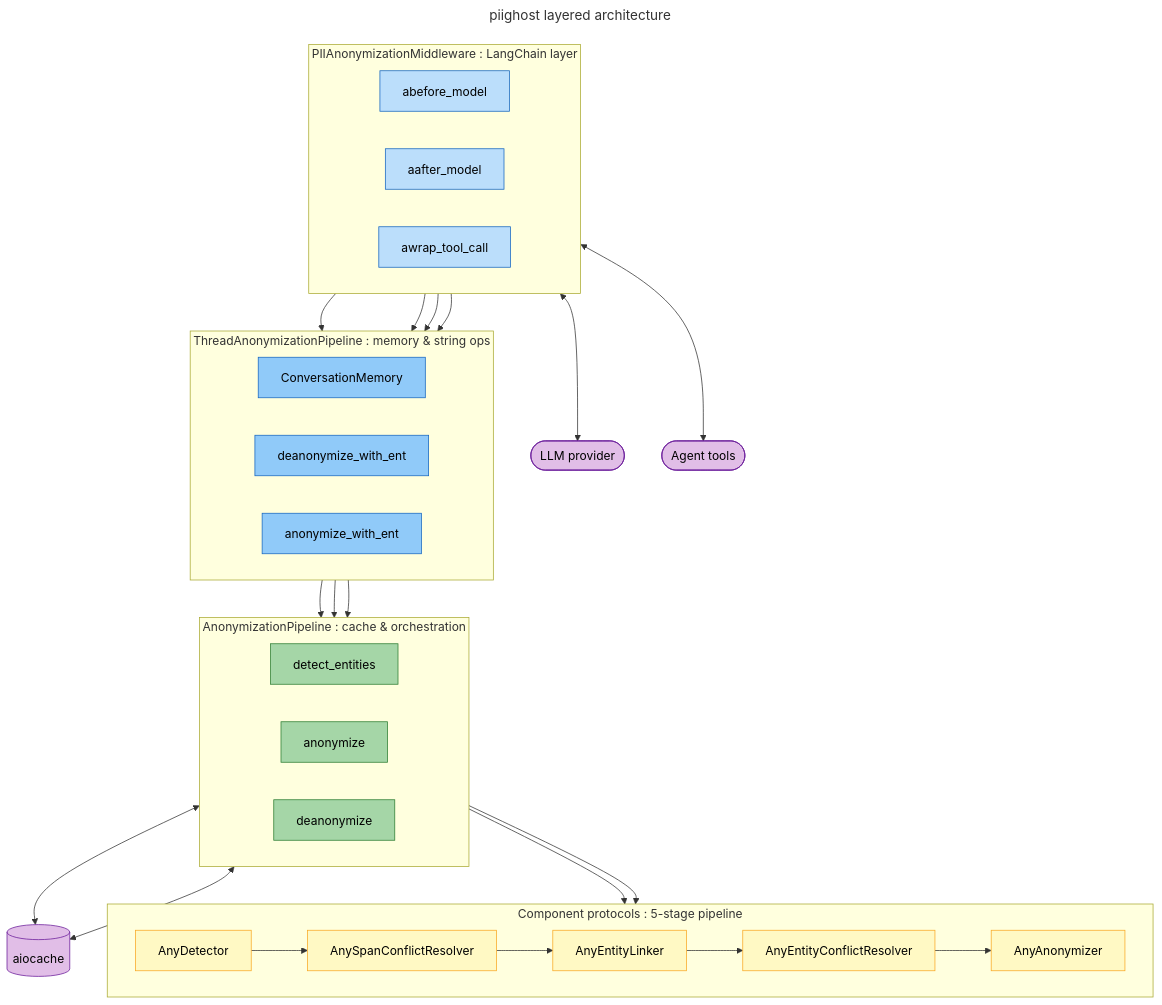
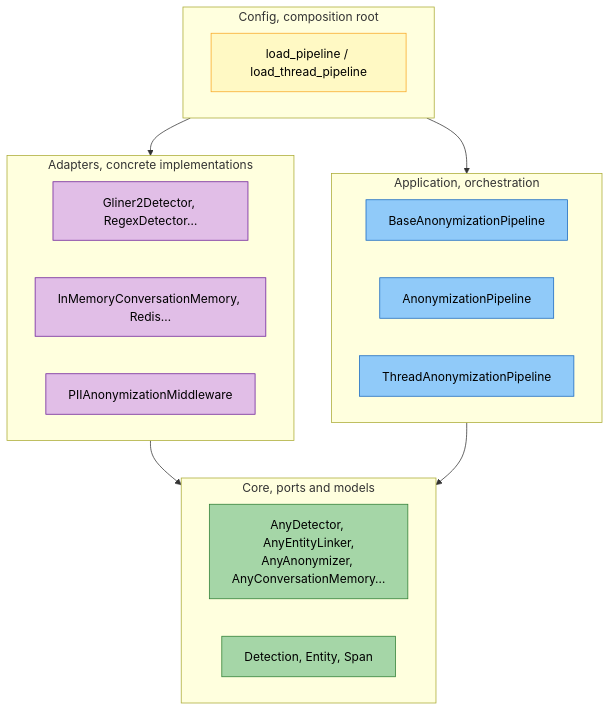
One commit to Athroniaeth/piighost changed the first of 4 diagrams in docs/en/architecture.md. Above: the diagram before and after it, drawn with Mermaid. The commit also changed other lines of this file and 57 other files, not shown here.

````diff
--- a/docs/en/architecture.md
+++ b/docs/en/architecture.md
@@ -13,63 +27,37 @@
 ```mermaid
----
-title: "piighost layered architecture"
----
 flowchart TB
-    classDef hook fill:#BBDEFB,stroke:#1565C0,color:#000
-    classDef layer fill:#90CAF9,stroke:#1565C0,color:#000
     classDef core fill:#A5D6A7,stroke:#2E7D32,color:#000
-    classDef protocol fill:#FFF9C4,stroke:#F9A825,color:#000
-    classDef ext fill:#E1BEE7,stroke:#6A1B9A,color:#000
+    classDef app fill:#90CAF9,stroke:#1565C0,color:#000
+    classDef adapter fill:#E1BEE7,stroke:#6A1B9A,color:#000
+    classDef config fill:#FFF9C4,stroke:#F9A825,color:#000
 
-    subgraph MW ["PIIAnonymizationMiddleware : LangChain layer"]
+    subgraph CONFIG ["Config, composition root"]
         direction LR
-        HBEF["abefore_model"]:::hook
-        HAFT["aafter_model"]:::hook
-        HTOOL["awrap_tool_call"]:::hook
+        CFG["load_pipeline / load_thread_pipeline"]:::config
     end
 
-    subgraph THREAD ["ThreadAnonymizationPipeline : memory & string ops"]
+    subgraph ADAPTERS ["Adapters, concrete implementations"]
         direction LR
-        MEM["ConversationMemory"]:::layer
-        DEANO_ENT["deanonymize_with_ent"]:::layer
-        ANON_ENT["anonymize_with_ent"]:::layer
+        A_DET["Gliner2Detector, RegexDetector…"]:::adapter
+        A_MEM["InMemoryConversationMemory, Redis…"]:::adapter
+        A_MW["PIIAnonymizationMiddleware"]:::adapter
     end
 
-    subgraph PIPE ["AnonymizationPipeline : cache & orchestration"]
+    subgraph APP ["Application, orchestration"]
         direction LR
-        DETECT_API["detect_entities"]:::core
-        ANON_API["anonymize"]:::core
-        DEANON_API["deanonymize"]:::core
+        P_BASE["BaseAnonymizationPipeline"]:::app
+        P_ONE["AnonymizationPipeline"]:::app
+        P_THREAD["ThreadAnonymizationPipeline"]:::app
     end
 
-    subgraph PROTO ["Component protocols : 5-stage pipeline"]
+    subgraph CORE ["Core, ports and models"]
         direction LR
-        P_DETECT["AnyDetector"]:::protocol
-        P_SPANS["AnySpanConflictResolver"]:::protocol
-        P_LINK["AnyEntityLinker"]:::protocol
-        P_ENT["AnyEntityConflictResolver"]:::protocol
-        P_ANON["AnyAnonymizer"]:::protocol
-        P_DETECT --> P_SPANS --> P_LINK --> P_ENT --> P_ANON
+        PORTS["AnyDetector, AnyEntityLinker,\nAnyAnonymizer, AnyConversationMemory…"]:::core
+        MODELS["Detection, Entity, Span"]:::core
     end
 
-    CACHE[("aiocache")]:::ext
-    LLM(["LLM provider"]):::ext
-    TOOLS(["Agent tools"]):::ext
-
-    HBEF --> MEM
-    HAFT --> DEANO_ENT
-    HTOOL --> ANON_ENT
-    HTOOL --> DEANO_ENT
-
-    MEM --> ANON_API
-    DEANO_ENT --> DEANON_API
-    ANON_ENT --> ANON_API
-
-    ANON_API --> P_DETECT
-    DETECT_API --> P_DETECT
-    ANON_API <--> CACHE
-    DEANON_API <--> CACHE
-
-    MW <--> LLM
-    MW <--> TOOLS
+    CONFIG --> ADAPTERS
+    CONFIG --> APP
+    ADAPTERS --> CORE
+    APP --> CORE
 ```
````
